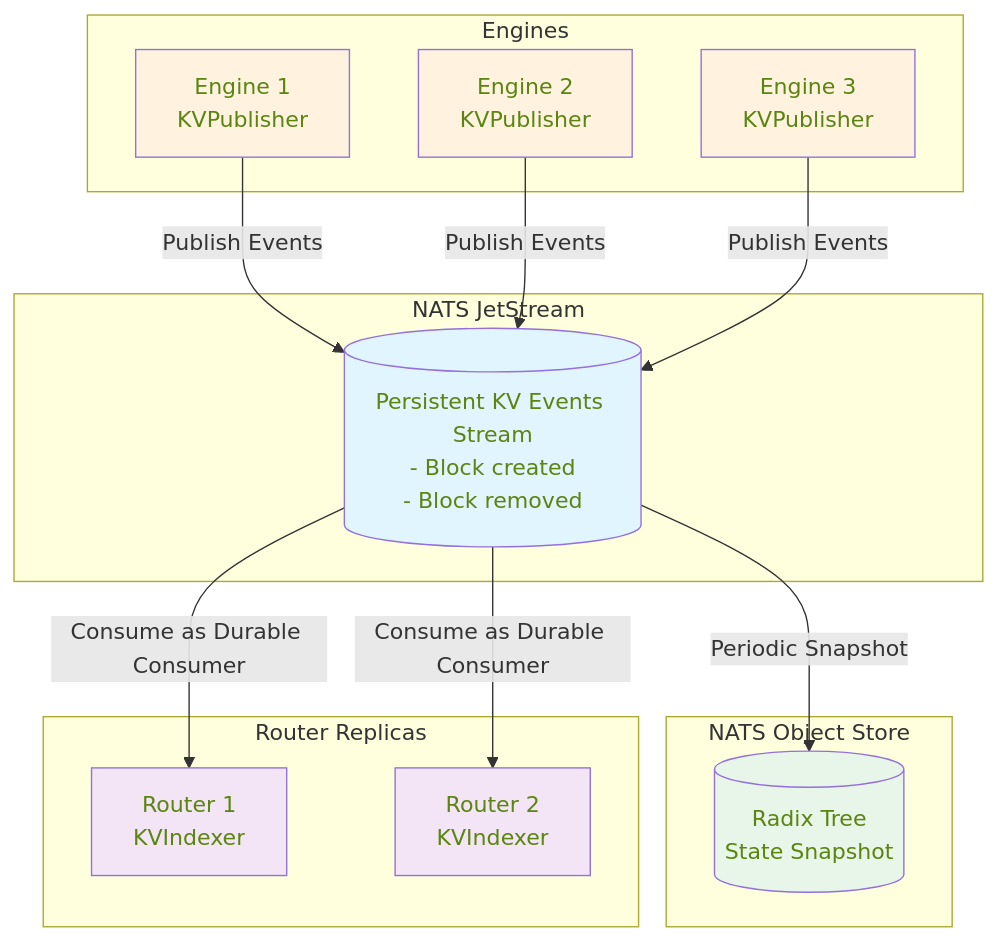
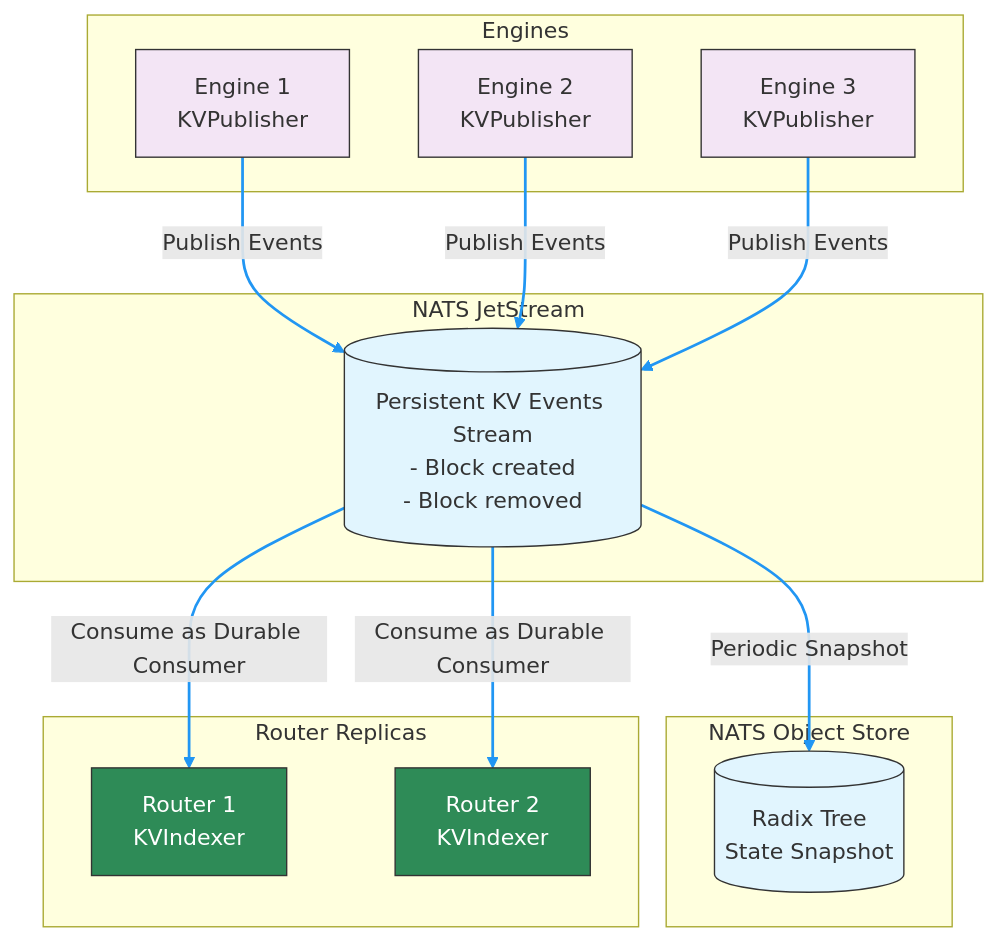
Before and after one commit to wxsms/dynamo: the second of 5 diagrams in docs/router/kv_cache_routing.md, drawn with Mermaid. The commit also changed other lines of this file and 1 other file, not shown here.

Commit message:
docs: router cost function mermaid (#4943)

````diff
--- a/docs/router/kv_cache_routing.md
+++ b/docs/router/kv_cache_routing.md
@@ -127,37 +164,39 @@
 ```mermaid
 graph TD
     subgraph Engines
         E1[Engine 1<br/>KVPublisher]
         E2[Engine 2<br/>KVPublisher]
         E3[Engine 3<br/>KVPublisher]
     end
 
     subgraph "NATS JetStream"
         JS[(Persistent KV Events Stream<br/>- Block created<br/>- Block removed)]
     end
 
     subgraph "NATS Object Store"
         OS[(Radix Tree<br/>State Snapshot)]
     end
 
     subgraph "Router Replicas"
         R1[Router 1<br/>KVIndexer]
         R2[Router 2<br/>KVIndexer]
     end
 
     E1 -->|Publish Events| JS
     E2 -->|Publish Events| JS
     E3 -->|Publish Events| JS
 
     JS -->|Consume as Durable Consumer| R1
     JS -->|Consume as Durable Consumer| R2
     JS -->|Periodic Snapshot| OS
 
-    style JS fill:#e1f5fe,color:#5a850f
-    style OS fill:#e8f5e9,color:#5a850f
-    style E1 fill:#fff3e0,color:#5a850f
-    style E2 fill:#fff3e0,color:#5a850f
-    style E3 fill:#fff3e0,color:#5a850f
-    style R1 fill:#f3e5f5,color:#5a850f
-    style R2 fill:#f3e5f5,color:#5a850f
+    style JS fill:#e1f5fe,stroke:#333,color:#333
+    style OS fill:#e1f5fe,stroke:#333,color:#333
+    style E1 fill:#f3e5f5,stroke:#333,color:#333
+    style E2 fill:#f3e5f5,stroke:#333,color:#333
+    style E3 fill:#f3e5f5,stroke:#333,color:#333
+    style R1 fill:#2e8b57,stroke:#333,color:#fff
+    style R2 fill:#2e8b57,stroke:#333,color:#fff
+
+    linkStyle 0,1,2,3,4,5 stroke:#2196f3,stroke-width:2px
 ```
````
